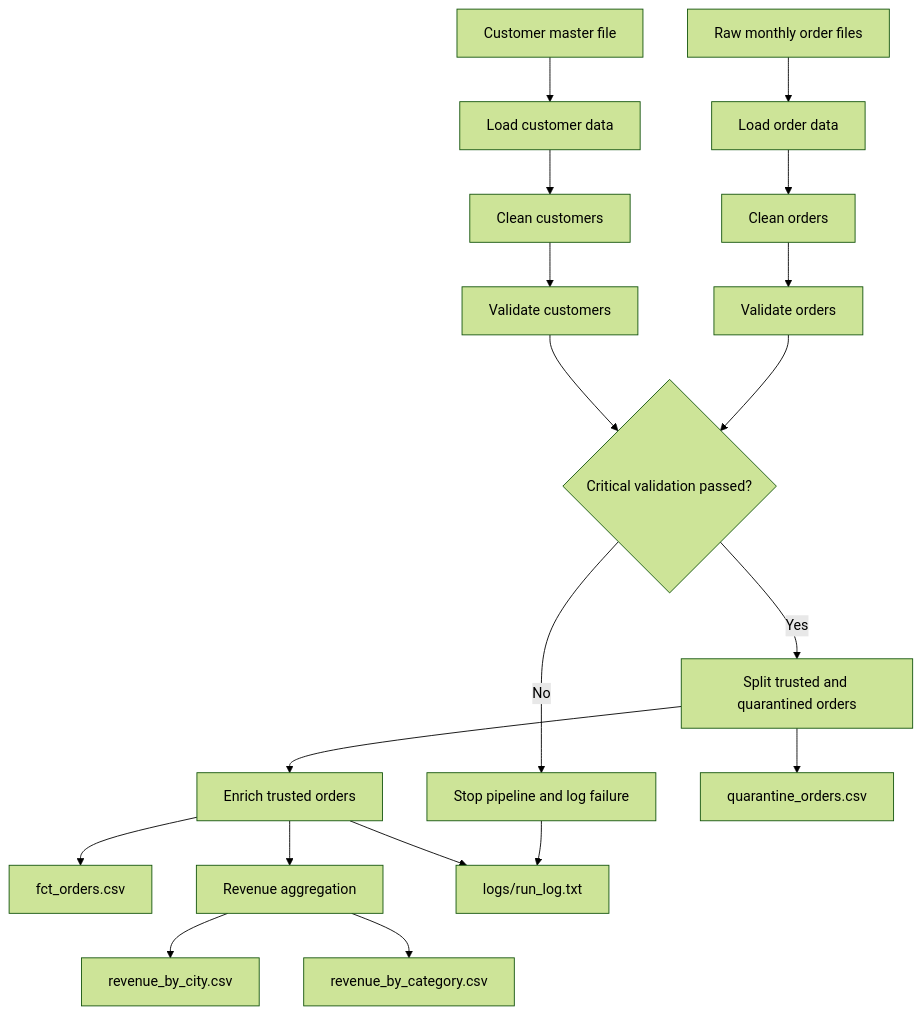
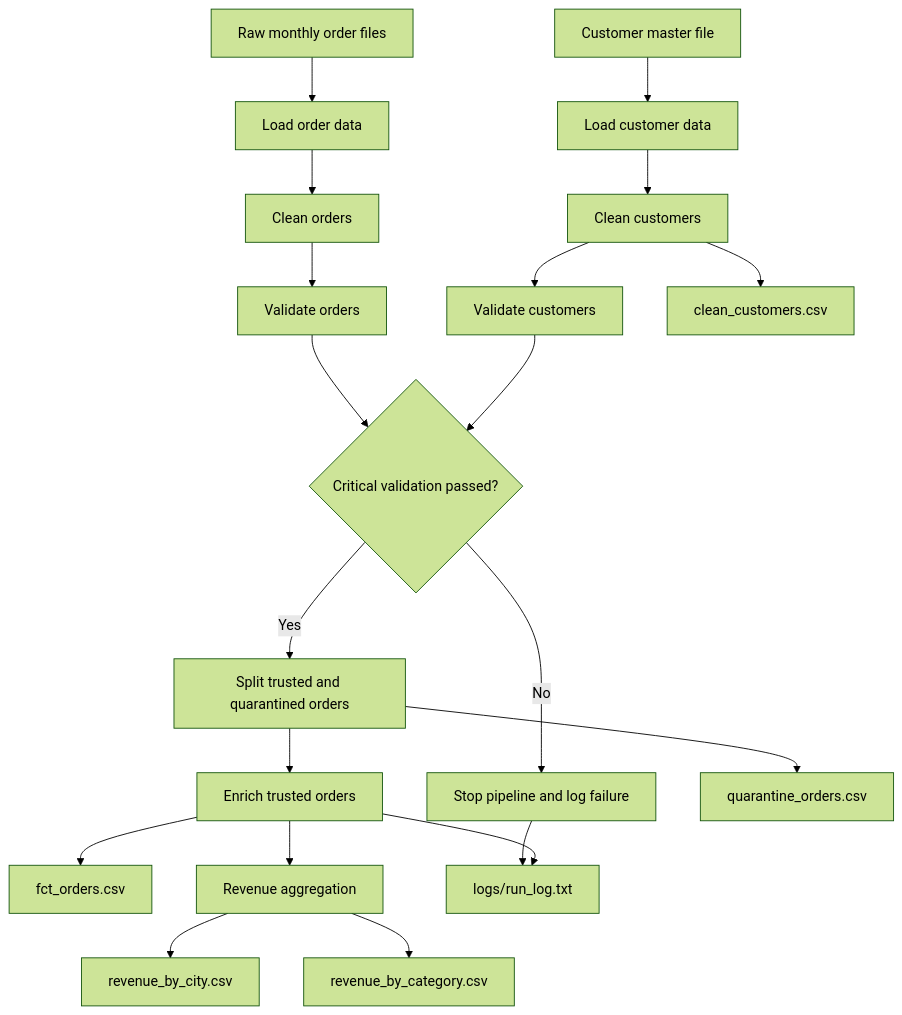
The diagram in lineage.md (jasmeetkaurpelia/dm-shop_pipeline-group-07), drawn with Mermaid (forest theme) before and after one commit. The commit also changed other lines of this file and 5 other files, not shown here.

````diff
--- a/lineage.md
+++ b/lineage.md
@@ -5,28 +5,30 @@
 ```mermaid
 flowchart TD
     A["Raw monthly order files"] --> C["Load order data"]
     B["Customer master file"] --> D["Load customer data"]
 
     C --> E["Clean orders"]
     D --> F["Clean customers"]
 
     E --> G["Validate orders"]
     F --> H["Validate customers"]
 
     G --> I{"Critical validation passed?"}
     H --> I
 
     I -->|No| J["Stop pipeline and log failure"]
     I -->|Yes| K["Split trusted and quarantined orders"]
 
     K --> L["Enrich trusted orders"]
+
     L --> M["fct_orders.csv"]
     K --> N["quarantine_orders.csv"]
+    F --> S["clean_customers.csv"]
 
     L --> O["Revenue aggregation"]
     O --> P["revenue_by_city.csv"]
     O --> Q["revenue_by_category.csv"]
 
     J --> R["logs/run_log.txt"]
     L --> R
 ```
````
